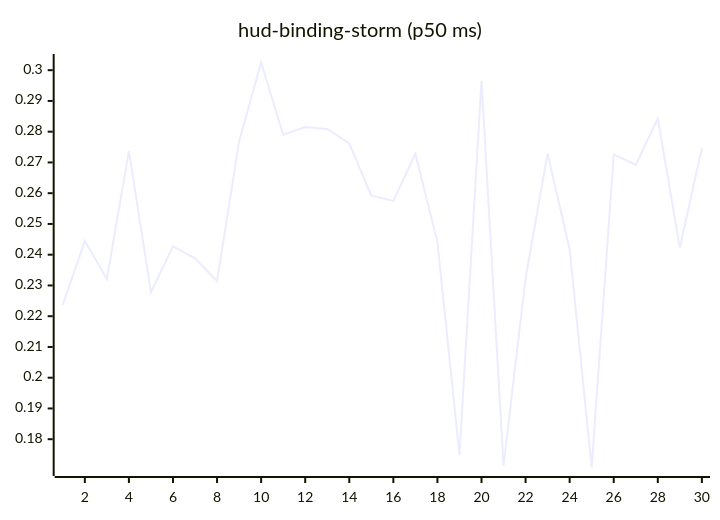
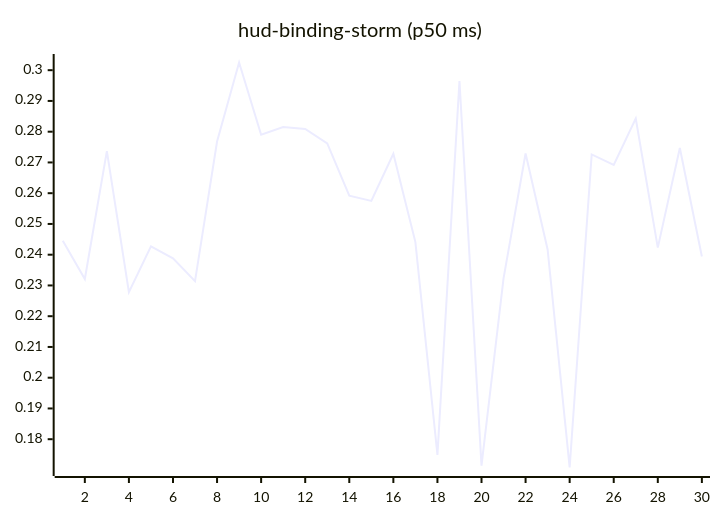
The tenth of 27 diagrams in README.md (josha/Facet), drawn with Mermaid before and after one commit. The commit also changed other lines of this file and 2 other files, not shown here.

````diff
--- a/README.md
+++ b/README.md
@@ -126,6 +126,6 @@
 ```mermaid
 xychart-beta
     title "hud-binding-storm (p50 ms)"
     x-axis 1 --> 30
-    line [0.2237, 0.2445, 0.2321, 0.2737, 0.2278, 0.2427, 0.2388, 0.2314, 0.2768, 0.3025, 0.2790, 0.2815, 0.2809, 0.2762, 0.2592, 0.2575, 0.2728, 0.2441, 0.1749, 0.2965, 0.1714, 0.2323, 0.2729, 0.2417, 0.1708, 0.2726, 0.2692, 0.2843, 0.2423, 0.2747]
+    line [0.2445, 0.2321, 0.2737, 0.2278, 0.2427, 0.2388, 0.2314, 0.2768, 0.3025, 0.2790, 0.2815, 0.2809, 0.2762, 0.2592, 0.2575, 0.2728, 0.2441, 0.1749, 0.2965, 0.1714, 0.2323, 0.2729, 0.2417, 0.1708, 0.2726, 0.2692, 0.2843, 0.2423, 0.2747, 0.2394]
 ```
````
